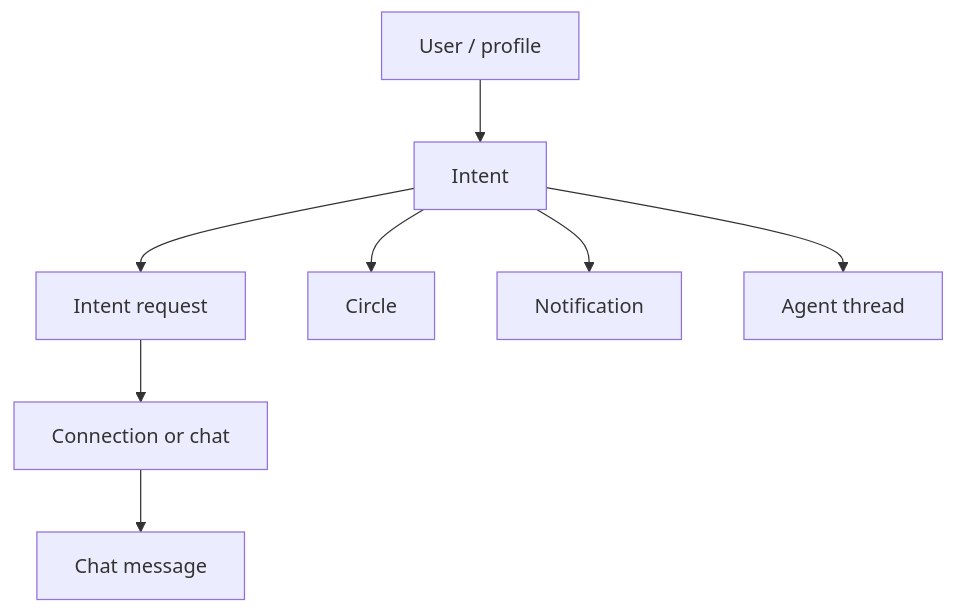
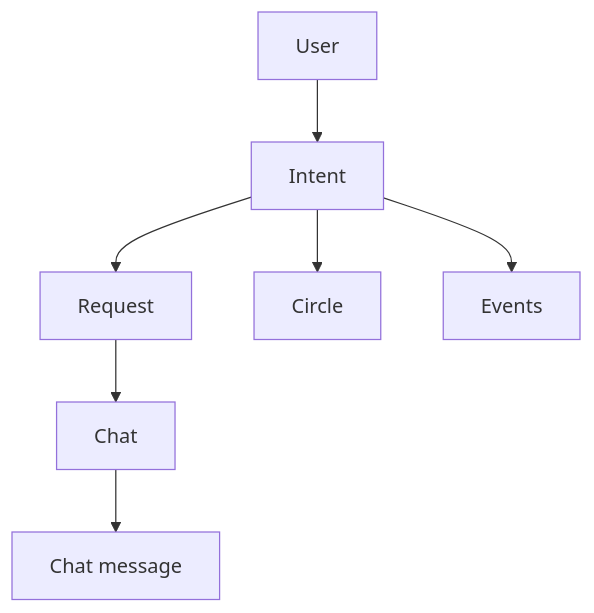
Before and after one commit to TheOpenSocial/openchat: the second of 2 diagrams in docs/examples/protocol-overview-and-exclusions.md, drawn with Mermaid. The commit also changed other lines of this file and 15 other files, not shown here.

````diff
--- a/docs/examples/protocol-overview-and-exclusions.md
+++ b/docs/examples/protocol-overview-and-exclusions.md
@@ -103,10 +81,9 @@
 ```mermaid
 flowchart TD
-    U["User / profile"] --> I["Intent"]
-    I --> R["Intent request"]
-    R --> C["Connection or chat"]
+    U["User"] --> I["Intent"]
+    I --> R["Request"]
+    R --> C["Chat"]
+    I --> G["Circle"]
     C --> M["Chat message"]
-    I --> G["Circle"]
-    I --> N["Notification"]
-    I --> T["Agent thread"]
+    I --> E["Events"]
 ```
````
